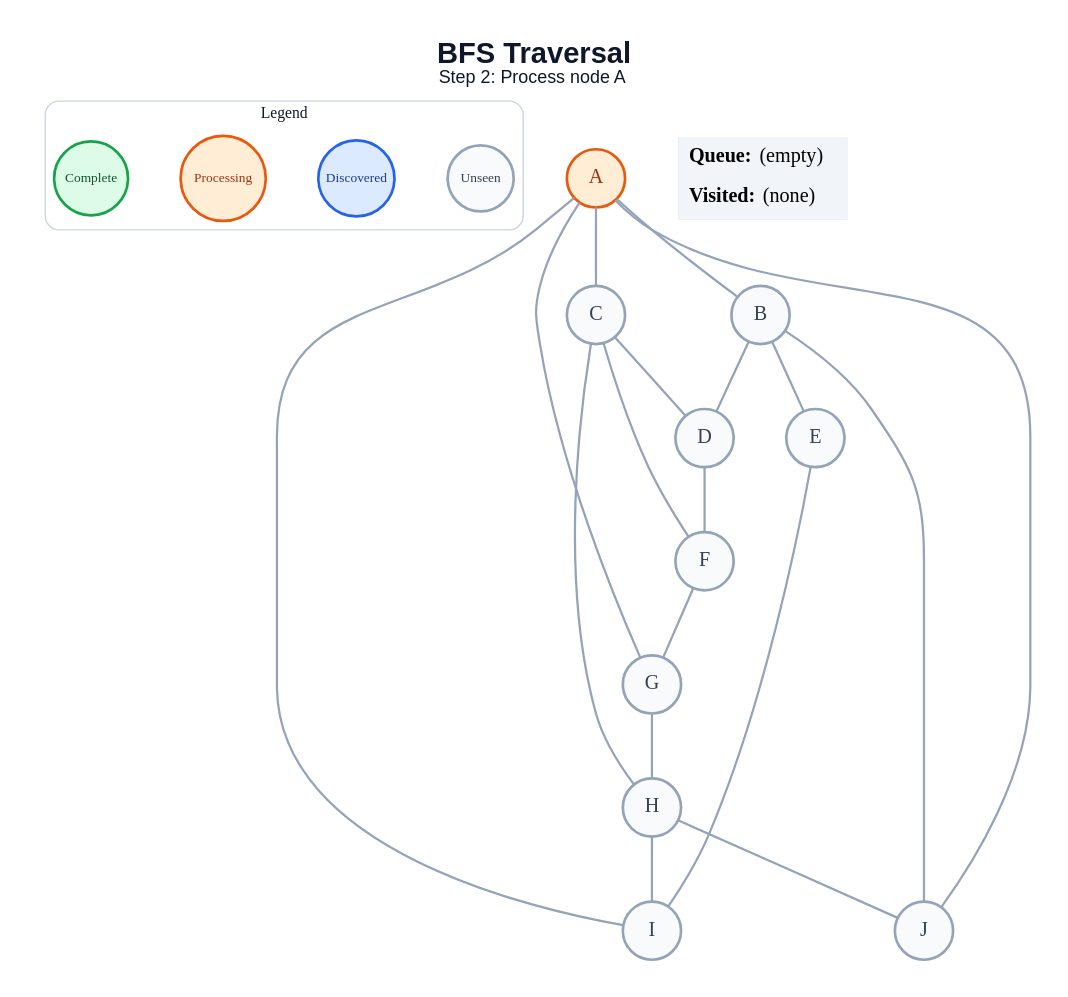
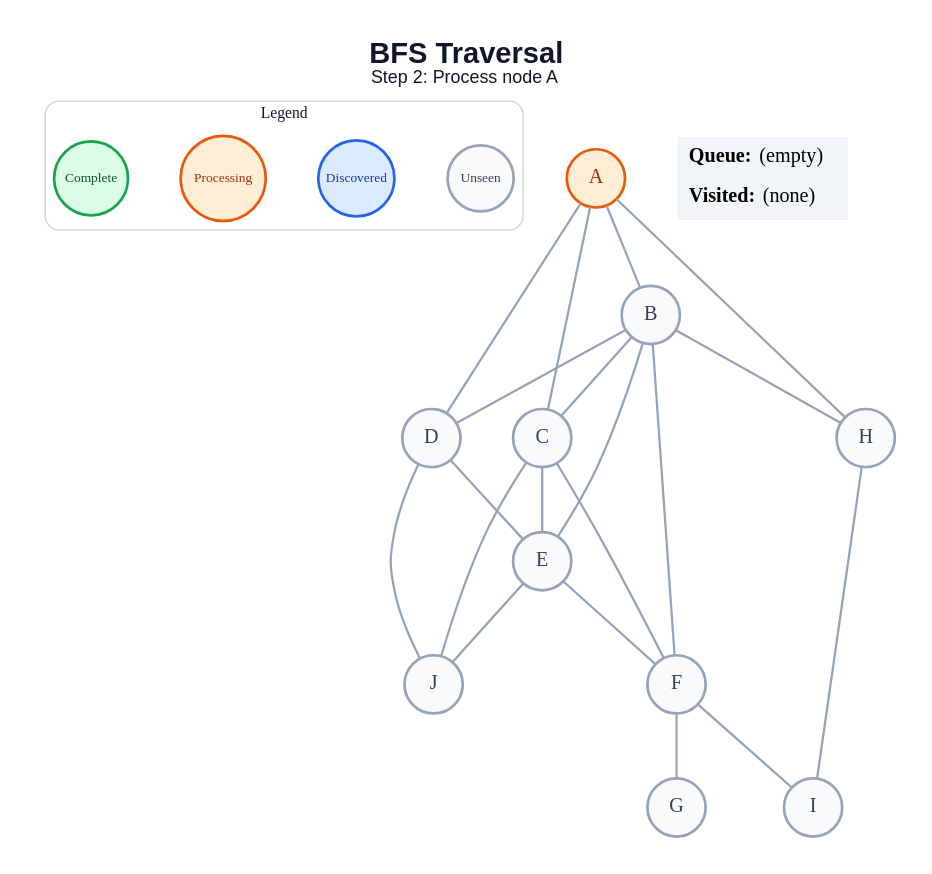
Before and after one commit to amanghodawala9/ai-slop: the diagram in generated/bfs/step_02.dot, drawn with Graphviz. The commit also changed 178 other files, not shown here.

```diff
--- a/generated/bfs/step_02.dot
+++ b/generated/bfs/step_02.dot
@@ -1,46 +1,48 @@
 graph traversal {
   graph [layout=dot, rankdir=TB, bgcolor="#FFFFFF", pad="0.35", nodesep="0.65", ranksep="0.8", fontname="Arial"];
   node [shape=circle, style="filled", fontname="Arial Bold", fontsize=18, width=0.72, fixedsize=true, penwidth=2.4];
   edge [color="#94A3B8", penwidth=2.0];
   label=<<B>BFS Traversal</B><BR/><FONT POINT-SIZE="16">Step 2: Process node A</FONT>>; labelloc="t"; fontsize=26; fontname="Arial"; fontcolor="#0F172A";
   subgraph cluster_legend { label="Legend"; color="#CBD5E1"; penwidth=1.2; style="rounded"; fontsize=14; fontname="Arial Bold";
     key_unseen [label="Unseen", fillcolor="#F8FAFC", color="#94A3B8", fontcolor="#334155", fontsize=12, width=0.82];
     key_frontier [label="Discovered", fillcolor="#DBEAFE", color="#2563EB", fontcolor="#1E3A8A", fontsize=12, width=0.95];
     key_current [label="Processing", fillcolor="#FFEDD5", color="#EA580C", fontcolor="#9A3412", fontsize=12, width=1.05];
     key_done [label="Complete", fillcolor="#DCFCE7", color="#16A34A", fontcolor="#14532D", fontsize=12, width=0.92];
     { rank=same; key_unseen; key_frontier; key_current; key_done; }
   }
   A [fillcolor="#FFEDD5", color="#EA580C", fontcolor="#9A3412"];
   B [fillcolor="#F8FAFC", color="#94A3B8", fontcolor="#334155"];
   C [fillcolor="#F8FAFC", color="#94A3B8", fontcolor="#334155"];
   D [fillcolor="#F8FAFC", color="#94A3B8", fontcolor="#334155"];
   E [fillcolor="#F8FAFC", color="#94A3B8", fontcolor="#334155"];
   F [fillcolor="#F8FAFC", color="#94A3B8", fontcolor="#334155"];
   G [fillcolor="#F8FAFC", color="#94A3B8", fontcolor="#334155"];
   H [fillcolor="#F8FAFC", color="#94A3B8", fontcolor="#334155"];
   I [fillcolor="#F8FAFC", color="#94A3B8", fontcolor="#334155"];
   J [fillcolor="#F8FAFC", color="#94A3B8", fontcolor="#334155"];
   A -- B;
   A -- C;
-  A -- G;
-  A -- I;
-  A -- J;
+  A -- D;
+  A -- H;
+  B -- C;
   B -- D;
   B -- E;
-  B -- J;
-  C -- D;
+  B -- F;
+  B -- H;
+  C -- E;
   C -- F;
-  C -- H;
-  D -- F;
-  E -- I;
+  C -- J;
+  D -- E;
+  D -- J;
+  E -- F;
+  E -- J;
   F -- G;
-  G -- H;
+  F -- I;
   H -- I;
-  H -- J;
   status [shape=plain, fixedsize=false, width=0, height=0, margin=0, label=<
     <TABLE BORDER="0" CELLBORDER="0" CELLPADDING="7" BGCOLOR="#F1F5F9">
       <TR><TD ALIGN="LEFT"><B>Queue:</B> (empty)</TD></TR>
       <TR><TD ALIGN="LEFT"><B>Visited:</B> (none)</TD></TR>
     </TABLE>
   >];
 }
```
